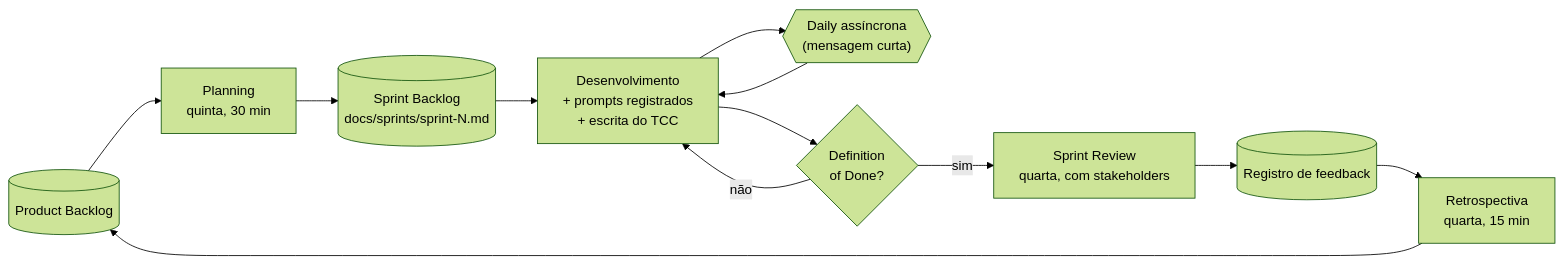
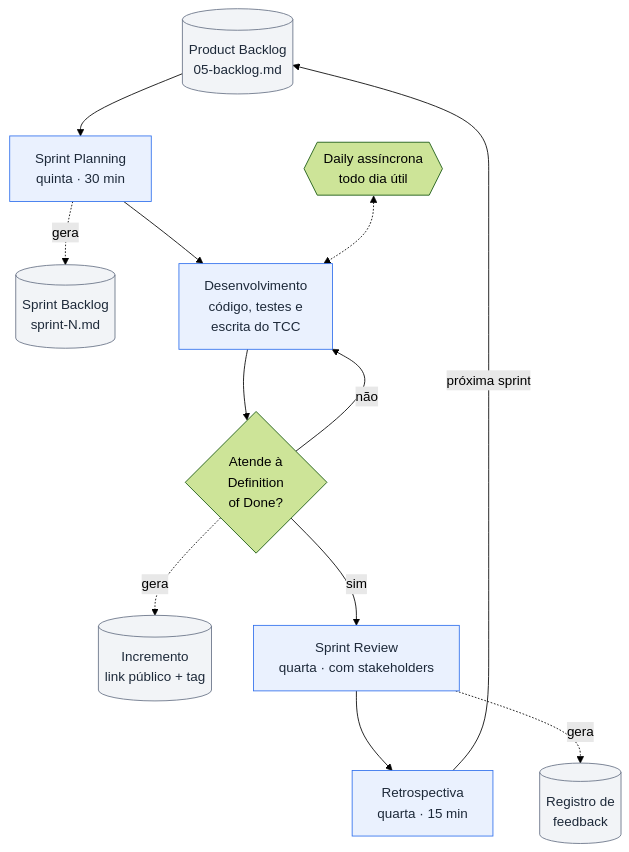
The second of 8 diagrams in docs/03-processo-de-trabalho.md (raffasrabelo/labirinto-playground), drawn with Mermaid (forest theme) before and after one commit. The commit also changed other lines of this file and 44 other files, not shown here.

````diff
--- a/docs/03-processo-de-trabalho.md
+++ b/docs/03-processo-de-trabalho.md
@@ -21,14 +74,28 @@
 ```mermaid
-flowchart LR
-    PB[(Product Backlog)] --> PL["Planning<br/>quinta, 30 min"]
-    PL --> SB[(Sprint Backlog<br/>docs/sprints/sprint-N.md)]
-    SB --> DEV["Desenvolvimento<br/>+ prompts registrados<br/>+ escrita do TCC"]
-    DEV --> DAILY{{"Daily assíncrona<br/>(mensagem curta)"}}
-    DAILY --> DEV
-    DEV --> DOD{"Definition<br/>of Done?"}
-    DOD -- não --> DEV
-    DOD -- sim --> REV["Sprint Review<br/>quarta, com stakeholders"]
-    REV --> FB[(Registro de feedback)]
-    FB --> RET["Retrospectiva<br/>quarta, 15 min"]
-    RET --> PB
+flowchart TB
+    PB[("Product Backlog<br/>05-backlog.md")] --> PL["Sprint Planning<br/>quinta · 30 min"]
+    SB[("Sprint Backlog<br/>sprint-N.md")]
+    DEV["Desenvolvimento<br/>código, testes e<br/>escrita do TCC"]
+    DAILY{{"Daily assíncrona<br/>todo dia útil"}}
+    DOD{"Atende à<br/>Definition<br/>of Done?"}
+    INC[("Incremento<br/>link público + tag")]
+    REV["Sprint Review<br/>quarta · com stakeholders"]
+    FB[("Registro de<br/>feedback")]
+    RET["Retrospectiva<br/>quarta · 15 min"]
+
+    PL --> DEV
+    PL -. "gera" .-> SB
+    DAILY <-.-> DEV
+    DEV --> DOD
+    DOD -- "não" --> DEV
+    DOD -- "sim" --> REV
+    DOD -. "gera" .-> INC
+    REV --> RET
+    REV -. "gera" .-> FB
+    RET -- "próxima sprint" --> PB
+
+    classDef evento fill:#eaf1fe,stroke:#2f6fed,color:#1d2939
+    classDef artefato fill:#f2f4f7,stroke:#667085,color:#1d2939
+    class PL,DEV,REV,RET evento
+    class PB,SB,INC,FB artefato
 ```
````
